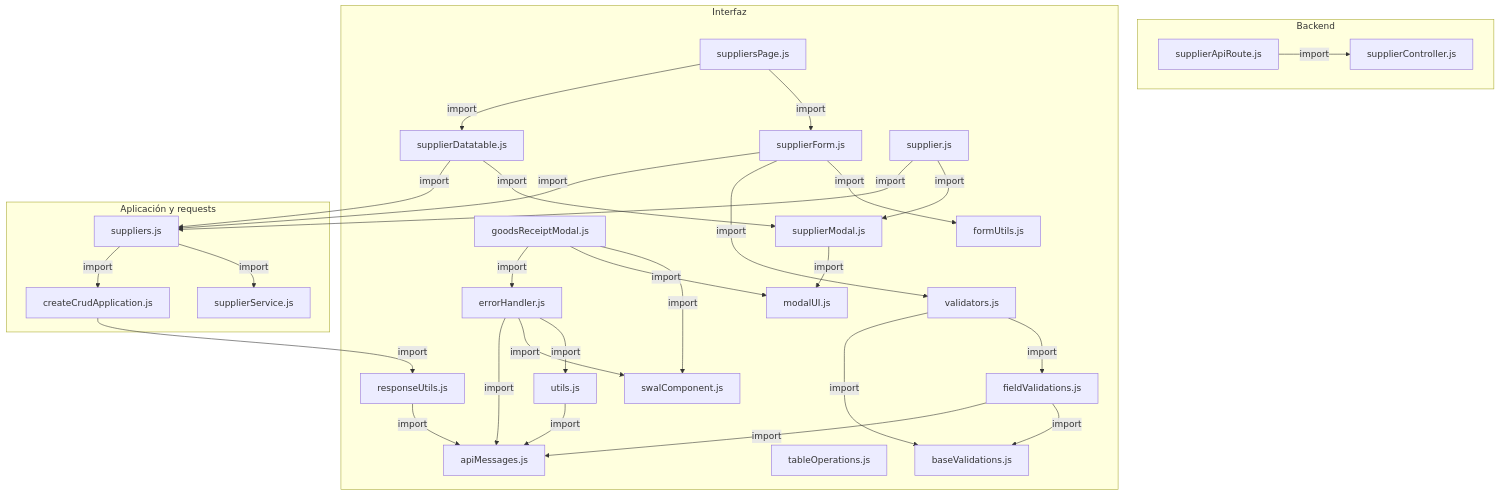
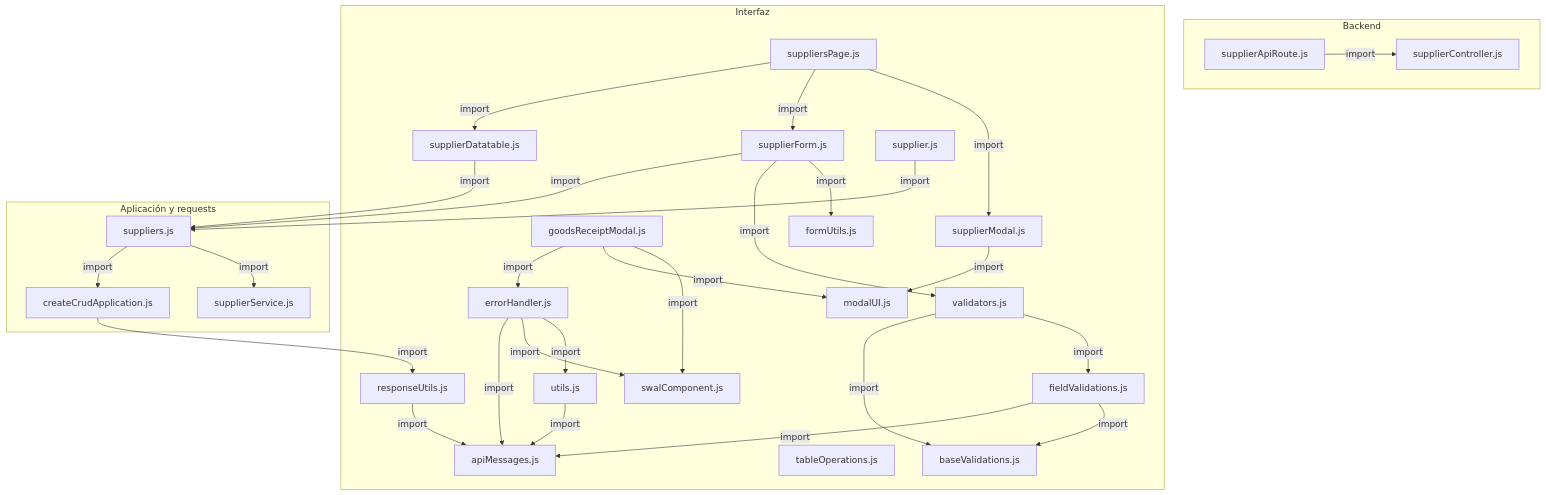
Before and after one commit to gpgsistemas01/nexus: the first of 5 diagrams in docs/architecture/views/processes/frontend-code-sequences/catalogs/cu-cat-02.md, drawn with Mermaid. The commit also changed other lines of this file and 240 other files, not shown here.

````diff
--- a/docs/architecture/views/processes/frontend-code-sequences/catalogs/cu-cat-02.md
+++ b/docs/architecture/views/processes/frontend-code-sequences/catalogs/cu-cat-02.md
@@ -63,57 +63,56 @@
 ```mermaid
 flowchart TB
     subgraph Component0["Backend"]
         FileSupplierController["supplierController.js"]
         Transport["supplierApiRoute.js"]
     end
     subgraph Component1["Interfaz"]
         FileErrorHandler["errorHandler.js"]
         FileUtils["utils.js"]
         FileApiMessages["apiMessages.js"]
         FileGoodsReceiptModal["goodsReceiptModal.js"]
         View["supplierForm.js"]
         Modal["supplierModal.js"]
         FileSuppliersPage["suppliersPage.js"]
         FileTableOperations["tableOperations.js"]
         Origin["supplierDatatable.js"]
         Select["supplier.js"]
         FileSwalComponent["swalComponent.js"]
         FileModalUI["modalUI.js"]
         FormUtils["formUtils.js"]
         FileResponseUtils["responseUtils.js"]
         FileBaseValidations["baseValidations.js"]
         FileFieldValidations["fieldValidations.js"]
         FileValidators["validators.js"]
     end
     subgraph Component2["Aplicación y requests"]
         Application["createCrudApplication.js"]
         FileSuppliers["suppliers.js"]
         Request["supplierService.js"]
     end
     Application -->|import| FileResponseUtils
     FileErrorHandler -->|import| FileApiMessages
     FileErrorHandler -->|import| FileSwalComponent
     FileErrorHandler -->|import| FileUtils
     FileFieldValidations -->|import| FileApiMessages
     FileFieldValidations -->|import| FileBaseValidations
     FileGoodsReceiptModal -->|import| FileErrorHandler
     FileGoodsReceiptModal -->|import| FileModalUI
     FileGoodsReceiptModal -->|import| FileSwalComponent
     FileResponseUtils -->|import| FileApiMessages
     FileSuppliers -->|import| Application
     FileSuppliers -->|import| Request
     FileSuppliersPage -->|import| Origin
     FileSuppliersPage -->|import| View
     FileUtils -->|import| FileApiMessages
     FileValidators -->|import| FileBaseValidations
     FileValidators -->|import| FileFieldValidations
     Modal -->|import| FileModalUI
     Origin -->|import| FileSuppliers
-    Origin -->|import| Modal
     Select -->|import| FileSuppliers
-    Select -->|import| Modal
     Transport -->|import| FileSupplierController
     View -->|import| FileSuppliers
     View -->|import| FileValidators
+    FileSuppliersPage -->|import| Modal
     View -->|import| FormUtils
 ```
````
